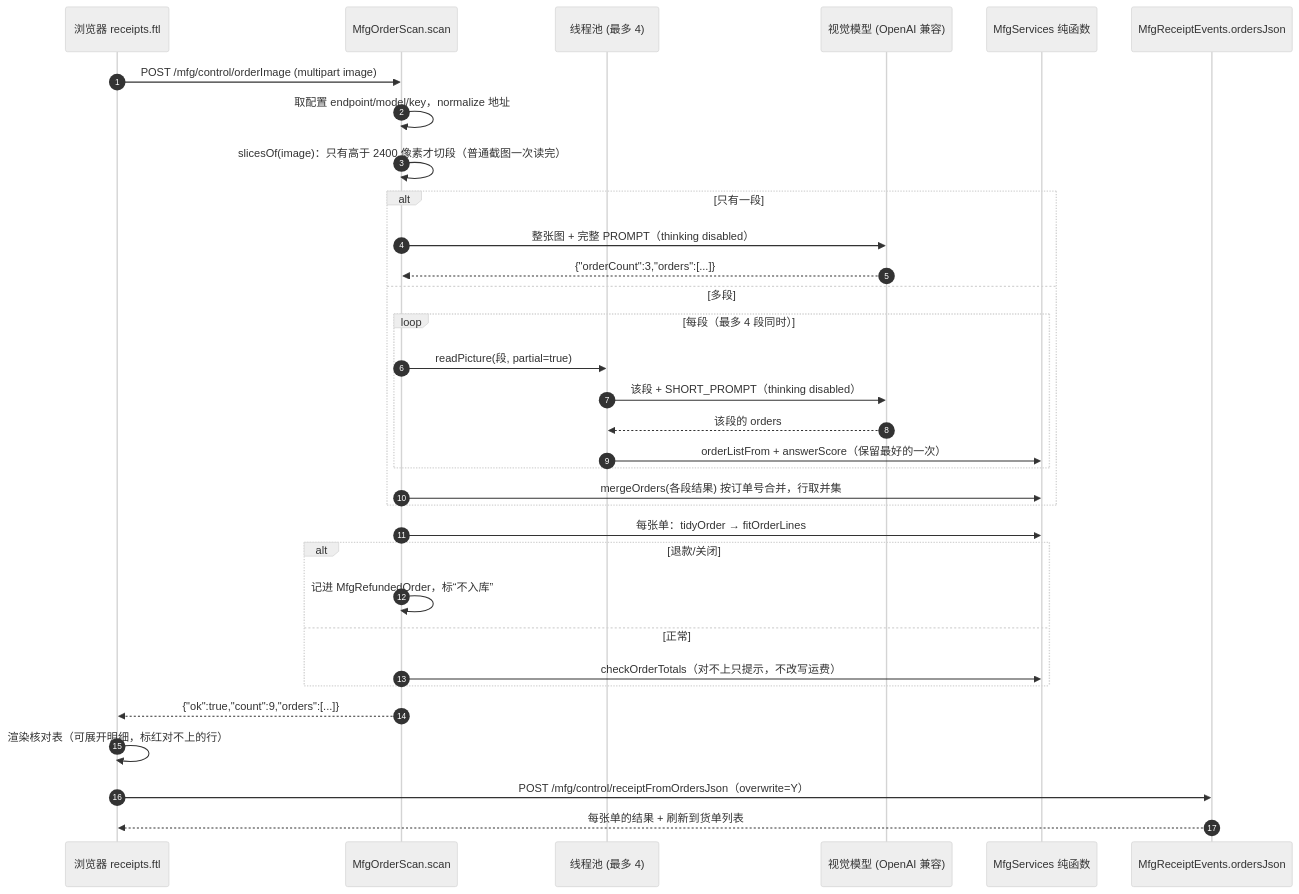
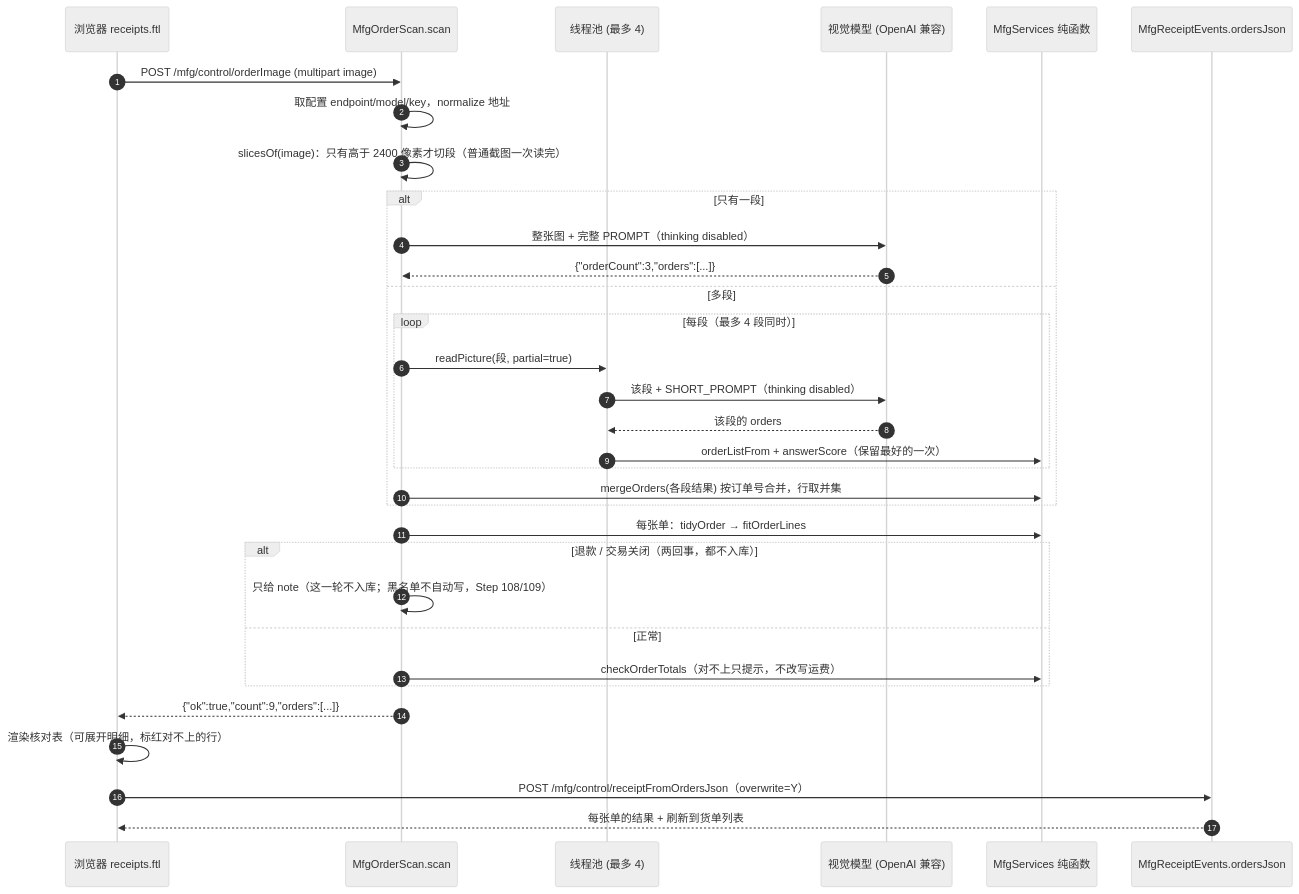
The first of 3 diagrams in langhua-ofbiz-mfg/docs/识图设计.md (shijh/langhua), drawn with Mermaid (neutral theme) before and after one commit. The commit also changed other lines of this file and 6 other files, not shown here.

First line of the commit message:
Step 109: 「交易关闭」是交易没成交（没付款），也不入库

````diff
--- a/langhua-ofbiz-mfg/docs/识图设计.md
+++ b/langhua-ofbiz-mfg/docs/识图设计.md
@@ -78,36 +79,36 @@
 ```mermaid
 sequenceDiagram
     autonumber
     participant B as 浏览器 receipts.ftl
     participant E as MfgOrderScan.scan
     participant P as 线程池 (最多 4)
     participant V as 视觉模型 (OpenAI 兼容)
     participant S as MfgServices 纯函数
     participant I as MfgReceiptEvents.ordersJson
 
     B->>E: POST /mfg/control/orderImage (multipart image)
     E->>E: 取配置 endpoint/model/key，normalize 地址
     E->>E: slicesOf(image)：只有高于 2400 像素才切段（普通截图一次读完）
     alt 只有一段
         E->>V: 整张图 + 完整 PROMPT（thinking disabled）
         V-->>E: {"orderCount":3,"orders":[...]}
     else 多段
         loop 每段（最多 4 段同时）
             E->>P: readPicture(段, partial=true)
             P->>V: 该段 + SHORT_PROMPT（thinking disabled）
             V-->>P: 该段的 orders
             P->>S: orderListFrom + answerScore（保留最好的一次）
         end
         E->>S: mergeOrders(各段结果) 按订单号合并，行取并集
     end
     E->>S: 每张单：tidyOrder → fitOrderLines
-    alt 退款/关闭
-        E->>E: 记进 MfgRefundedOrder，标“不入库”
+    alt 退款 / 交易关闭（两回事，都不入库）
+        E->>E: 只给 note（这一轮不入库；黑名单不自动写，Step 108/109）
     else 正常
         E->>S: checkOrderTotals（对不上只提示，不改写运费）
     end
     E-->>B: {"ok":true,"count":9,"orders":[...]}
     B->>B: 渲染核对表（可展开明细，标红对不上的行）
     B->>I: POST /mfg/control/receiptFromOrdersJson（overwrite=Y）
     I-->>B: 每张单的结果 + 刷新到货单列表
 ```
````
